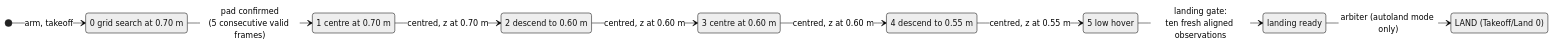
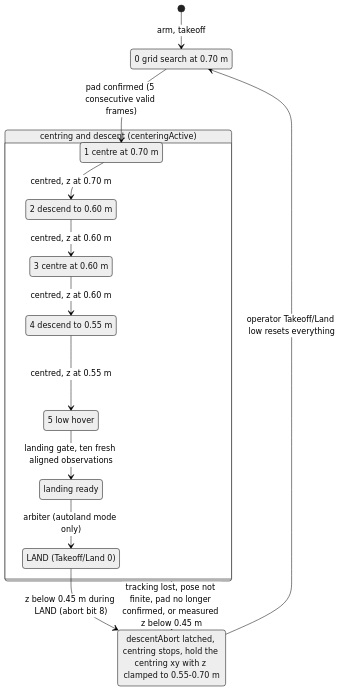
Before and after one commit to arman-dogru/quanser_python_auto: the second of 3 diagrams in docs/PYTHON_PORT.md, drawn with Mermaid (neutral theme). The commit also changed other lines of this file and 18 other files, not shown here.

First line of the commit message:
docs: measured interop capture, model-finding evidence, NaN-hold reproduction, check logs

````diff
--- a/docs/PYTHON_PORT.md
+++ b/docs/PYTHON_PORT.md
@@ -66,20 +66,27 @@
 ```mermaid
 stateDiagram-v2
-    direction LR
+    direction TB
     s0: 0 grid search at 0.70 m
-    s1: 1 centre at 0.70 m
-    s2: 2 descend to 0.60 m
-    s3: 3 centre at 0.60 m
-    s4: 4 descend to 0.55 m
-    s5: 5 low hover
-    ready: landing ready
-    land: LAND (Takeoff/Land 0)
     [*] --> s0: arm, takeoff
-    s0 --> s1: pad confirmed<br/>(5 consecutive valid frames)
-    s1 --> s2: centred, z at 0.70 m
-    s2 --> s3: centred, z at 0.60 m
-    s3 --> s4: centred, z at 0.60 m
-    s4 --> s5: centred, z at 0.55 m
-    s5 --> ready: landing gate:<br/>ten fresh aligned observations
-    ready --> land: arbiter (autoland mode only)
+    s0 --> s1: pad confirmed (5 consecutive valid frames)
+    state "centring and descent (centeringActive)" as C {
+        direction TB
+        s1: 1 centre at 0.70 m
+        s2: 2 descend to 0.60 m
+        s3: 3 centre at 0.60 m
+        s4: 4 descend to 0.55 m
+        s5: 5 low hover
+        ready: landing ready
+        land: LAND (Takeoff/Land 0)
+        s1 --> s2: centred, z at 0.70 m
+        s2 --> s3: centred, z at 0.60 m
+        s3 --> s4: centred, z at 0.60 m
+        s4 --> s5: centred, z at 0.55 m
+        s5 --> ready: landing gate, ten fresh aligned observations
+        ready --> land: arbiter (autoland mode only)
+    }
+    abort: descentAbort latched, centring stops, hold the centring xy with z clamped to 0.55-0.70 m
+    C --> abort: tracking lost, pose not finite, pad no longer confirmed, or measured z below 0.45 m
+    land --> abort: z below 0.45 m during LAND (abort bit 8)
+    abort --> s0: operator Takeoff/Land low resets everything
 ```
````
